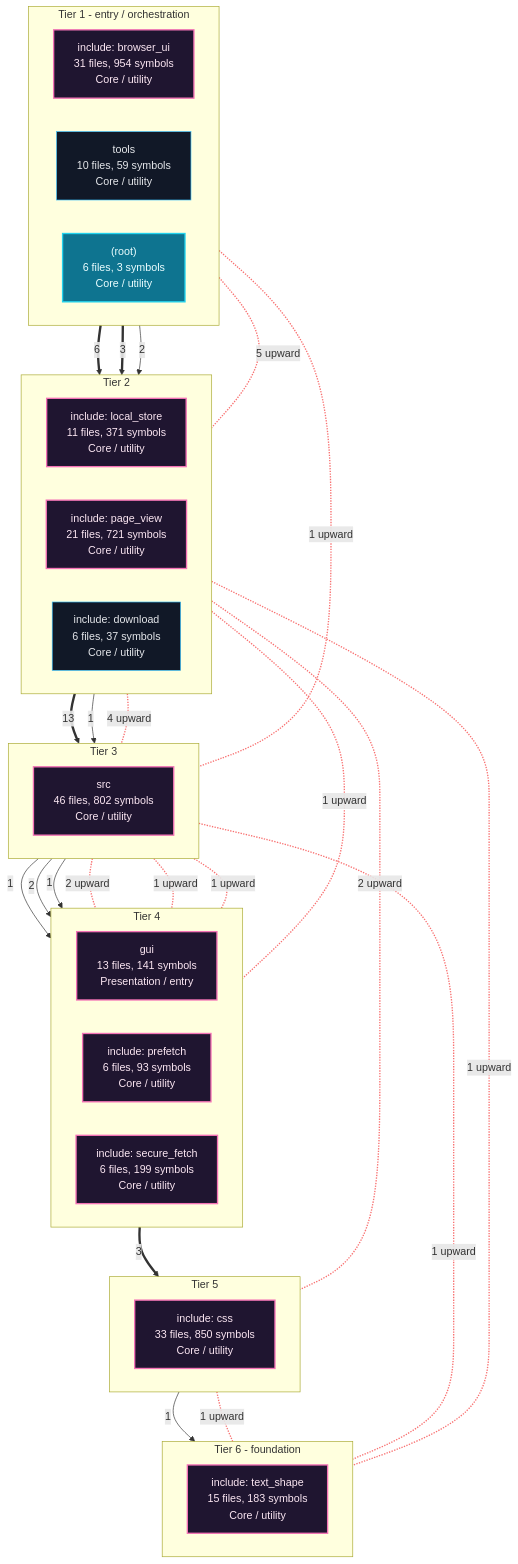
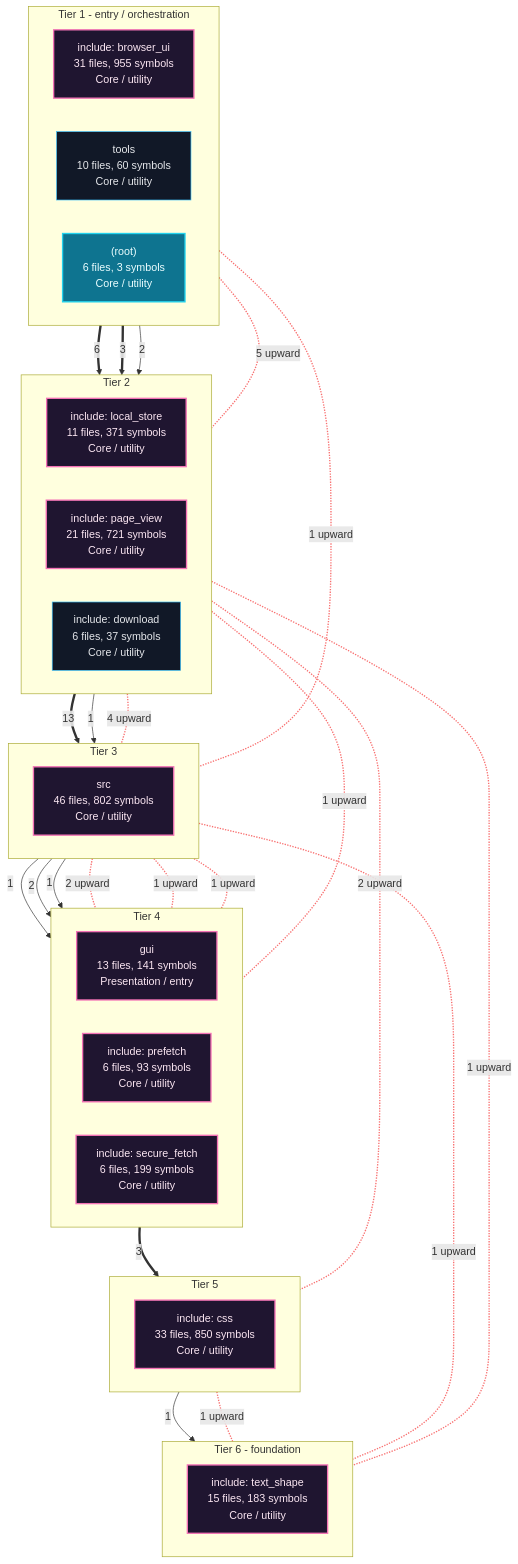
Before and after one commit to grisuno/FreeDom: the first of 7 diagrams in readmenator-apidocs/architecture.md, drawn with Mermaid. The commit also changed other lines of this file and 121 other files, not shown here.

````diff
--- a/readmenator-apidocs/architecture.md
+++ b/readmenator-apidocs/architecture.md
@@ -11,63 +11,63 @@
 ```mermaid
 flowchart TB
     classDef cycle fill:#1f1530,stroke:#f472b6,color:#fce7f3,stroke-width:2px;
     classDef default fill:#111827,stroke:#38bdf8,color:#e5e7eb;
     classDef entry fill:#0e7490,stroke:#22d3ee,color:#ecfeff,stroke-width:2px;
     subgraph lane_0["Tier 1 - entry / orchestration"]
         direction LR
-        n_c2["include: browser_ui<br/>31 files, 954 symbols<br/>Core / utility"]:::cycle
-        n_d_tools["tools<br/>10 files, 59 symbols<br/>Core / utility"]:::default
+        n_c2["include: browser_ui<br/>31 files, 955 symbols<br/>Core / utility"]:::cycle
+        n_d_tools["tools<br/>10 files, 60 symbols<br/>Core / utility"]:::default
         n_d__root_["(root)<br/>6 files, 3 symbols<br/>Core / utility"]:::entry
     end
     subgraph lane_1["Tier 2"]
         direction LR
         n_c5["include: local_store<br/>11 files, 371 symbols<br/>Core / utility"]:::cycle
         n_c3["include: page_view<br/>21 files, 721 symbols<br/>Core / utility"]:::cycle
         n_c8["include: download<br/>6 files, 37 symbols<br/>Core / utility"]:::default
     end
     subgraph lane_2["Tier 3"]
         direction LR
         n_c0["src<br/>46 files, 802 symbols<br/>Core / utility"]:::cycle
     end
     subgraph lane_3["Tier 4"]
         direction LR
         n_c6["gui<br/>13 files, 141 symbols<br/>Presentation / entry"]:::cycle
         n_c9["include: prefetch<br/>6 files, 93 symbols<br/>Core / utility"]:::cycle
         n_c7["include: secure_fetch<br/>6 files, 199 symbols<br/>Core / utility"]:::cycle
     end
     subgraph lane_4["Tier 5"]
         direction LR
         n_c1["include: css<br/>33 files, 850 symbols<br/>Core / utility"]:::cycle
     end
     subgraph lane_5["Tier 6 - foundation"]
         direction LR
         n_c4["include: text_shape<br/>15 files, 183 symbols<br/>Core / utility"]:::cycle
     end
     n_c0 -->|"1"| n_c6
     n_c0 -->|"2"| n_c7
     n_c0 -->|"1"| n_c9
     n_c1 -->|"1"| n_c4
     n_c2 ==>|"6"| n_c3
     n_c2 ==>|"3"| n_c5
     n_c2 -->|"2"| n_c8
     n_c3 ==>|"13"| n_c0
     n_c5 -->|"1"| n_c0
     n_c6 ==>|"3"| n_c1
     n_c2 <-.-|"1 upward"| n_c0
     n_c3 <-.-|"4 upward"| n_c0
     n_c3 <-.-|"2 upward"| n_c1
     n_c2 <-.-|"5 upward"| n_c3
     n_c0 <-.-|"1 upward"| n_c4
     n_c1 <-.-|"1 upward"| n_c4
     n_c3 <-.-|"1 upward"| n_c4
     n_c0 <-.-|"2 upward"| n_c6
     n_c3 <-.-|"1 upward"| n_c6
     n_c0 <-.-|"1 upward"| n_c7
     n_c0 <-.-|"1 upward"| n_c9
     linkStyle 10,11,12,13,14,15,16,17,18,19,20 stroke:#f87171,stroke-width:2px;
     n_c2 ~~~ n_c5
     n_c5 ~~~ n_c0
     n_c0 ~~~ n_c6
     n_c6 ~~~ n_c1
     n_c1 ~~~ n_c4
 ```
````
